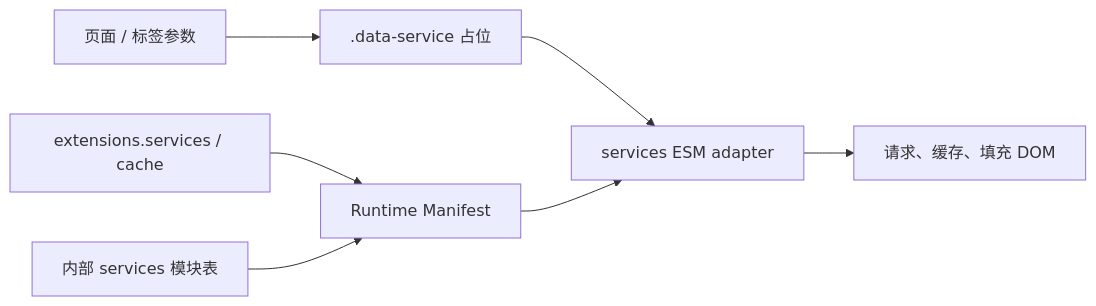
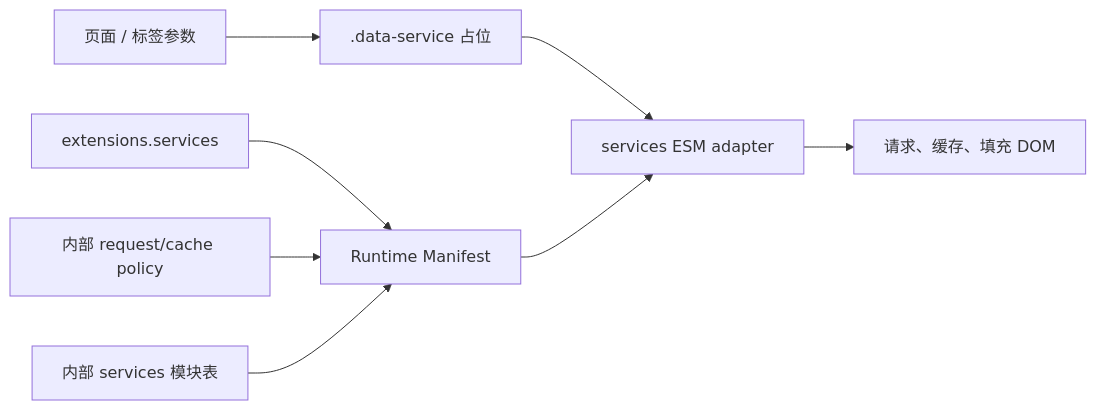
The diagram in docs/knowledge/06-数据服务与组件/data-widgets-overview.md (xaoxuu/hexo-theme-stellar), drawn with Mermaid before and after one commit. The commit also changed other lines of this file and 47 other files, not shown here.

````diff
--- a/docs/knowledge/06-数据服务与组件/data-widgets-overview.md
+++ b/docs/knowledge/06-数据服务与组件/data-widgets-overview.md
@@ -14,9 +14,10 @@
 ```mermaid
 flowchart LR
   INPUT["页面 / 标签参数"] --> PLACEHOLDER[".data-service 占位"]
-  CONFIG["extensions.services / cache"] --> CONTEXT["Runtime Manifest"]
+  CONFIG["extensions.services"] --> CONTEXT["Runtime Manifest"]
+  POLICY["内部 request/cache policy"] --> CONTEXT
   ASSETS["内部 services 模块表"] --> CONTEXT
   PLACEHOLDER --> RUNTIME["services ESM adapter"]
   CONTEXT --> RUNTIME
   RUNTIME --> OUTPUT["请求、缓存、填充 DOM"]
 ```
````
